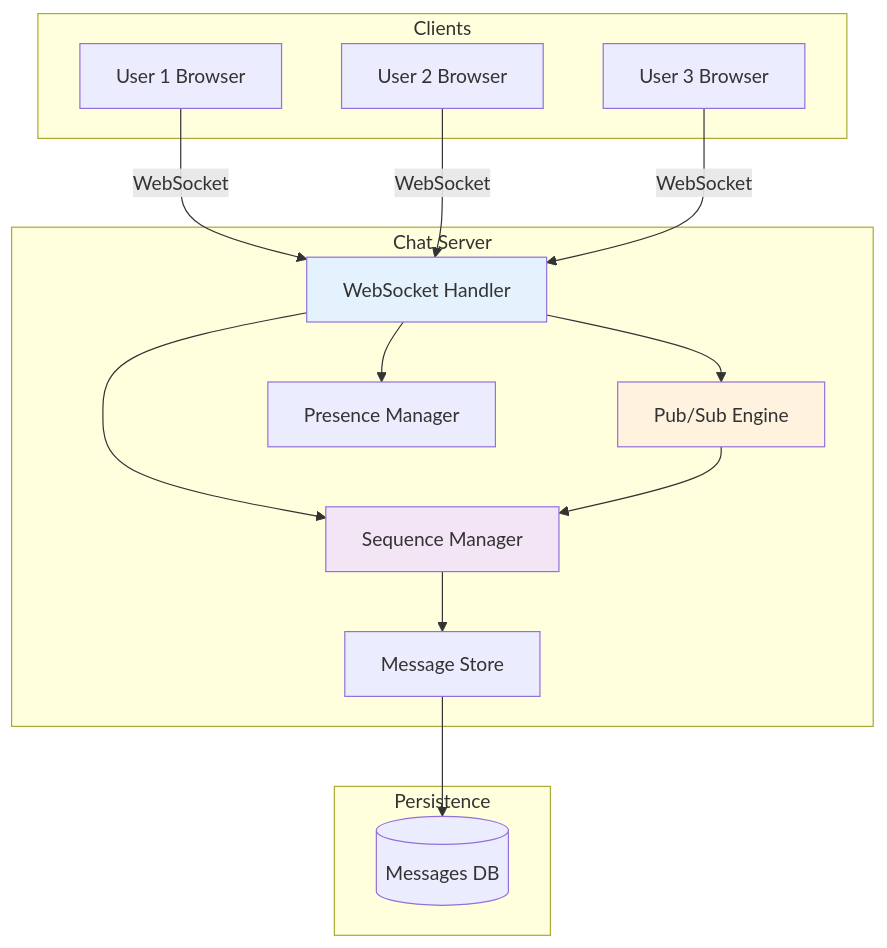
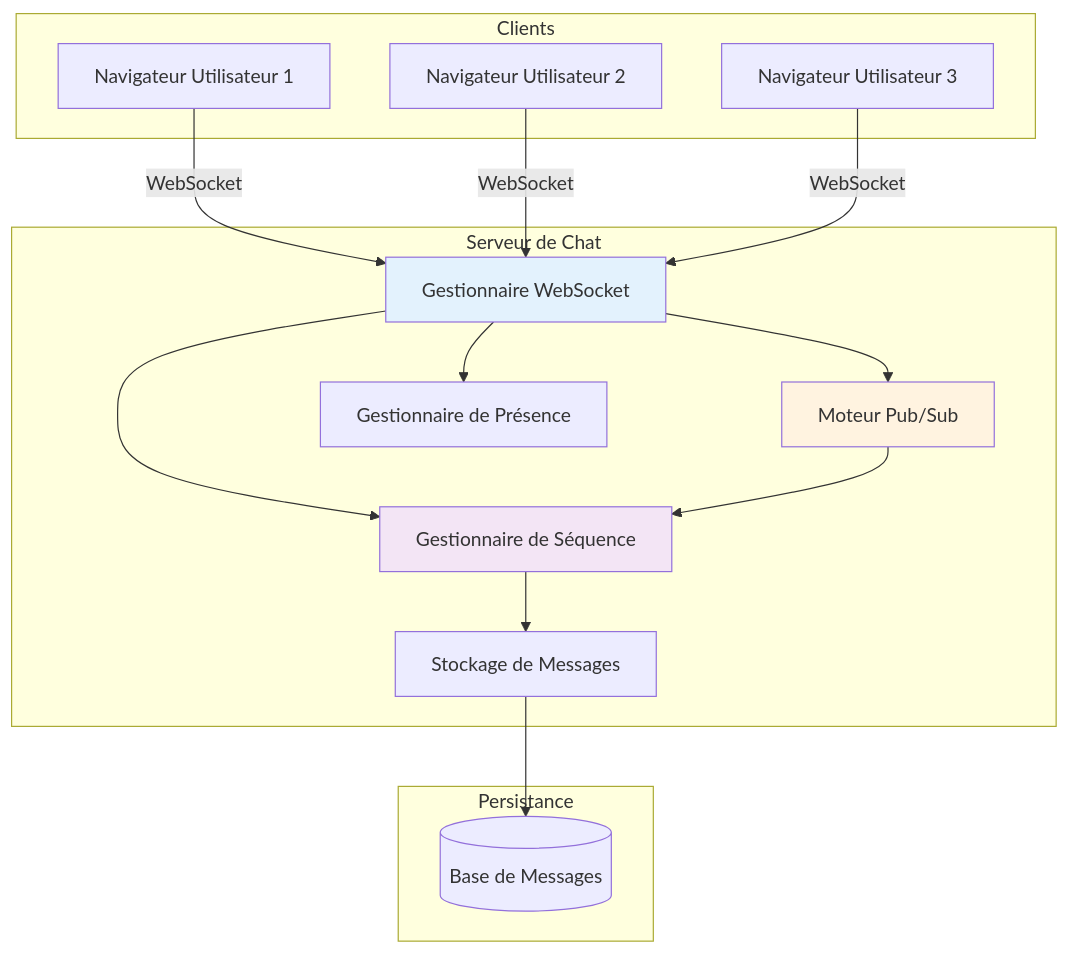
Before and after one commit to dardourimohamed/distributed-systems-course: the first of 2 diagrams in src/real-time/10-chat-system.md, drawn with Mermaid. The commit also changed other lines of this file and 38 other files, not shown here.

````diff
--- a/src/real-time/10-chat-system.md
+++ b/src/real-time/10-chat-system.md
@@ -19,36 +19,36 @@
 ```mermaid
 graph TB
     subgraph "Clients"
-        C1[User 1 Browser]
-        C2[User 2 Browser]
-        C3[User 3 Browser]
+        C1[Navigateur Utilisateur 1]
+        C2[Navigateur Utilisateur 2]
+        C3[Navigateur Utilisateur 3]
     end
 
-    subgraph "Chat Server"
-        WS[WebSocket Handler]
-        PS[Pub/Sub Engine]
-        SM[Sequence Manager]
-        PM[Presence Manager]
-        MS[Message Store]
+    subgraph "Serveur de Chat"
+        WS[Gestionnaire WebSocket]
+        PS[Moteur Pub/Sub]
+        SM[Gestionnaire de Séquence]
+        PM[Gestionnaire de Présence]
+        MS[Stockage de Messages]
 
         WS --> PS
         WS --> SM
         WS --> PM
         PS --> SM
         SM --> MS
     end
 
     C1 -->|WebSocket| WS
     C2 -->|WebSocket| WS
     C3 -->|WebSocket| WS
 
-    subgraph "Persistence"
-        DB[(Messages DB)]
+    subgraph "Persistance"
+        DB[(Base de Messages)]
     end
 
     MS --> DB
 
     style WS fill:#e3f2fd
     style PS fill:#fff3e0
     style SM fill:#f3e5f5
 ```
````
